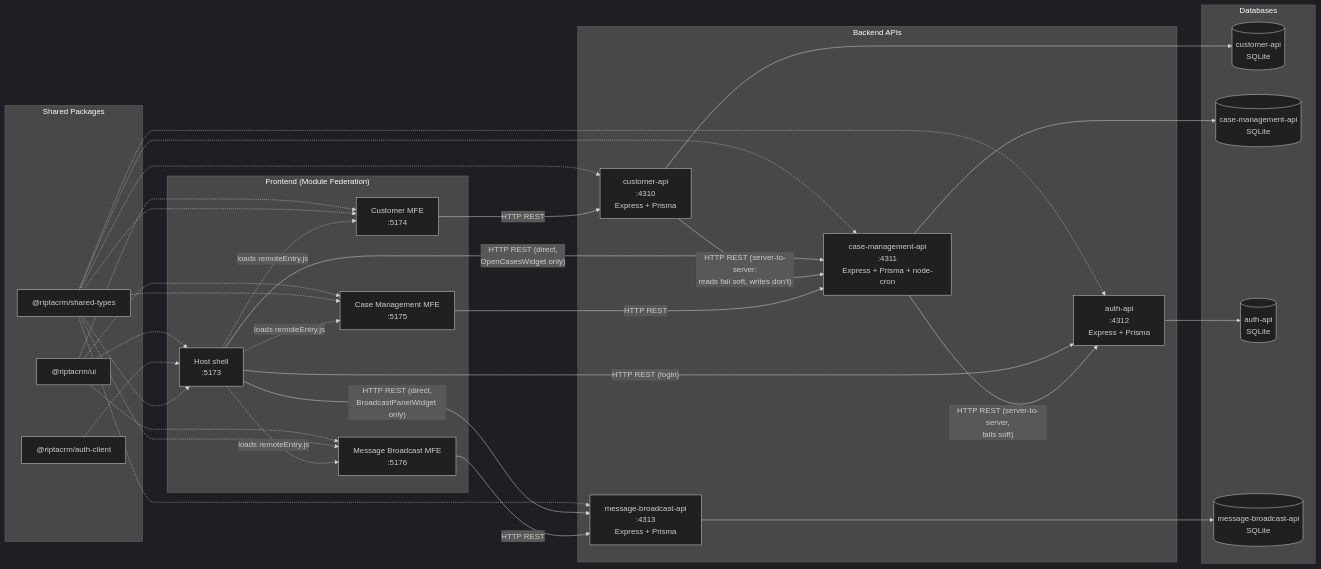
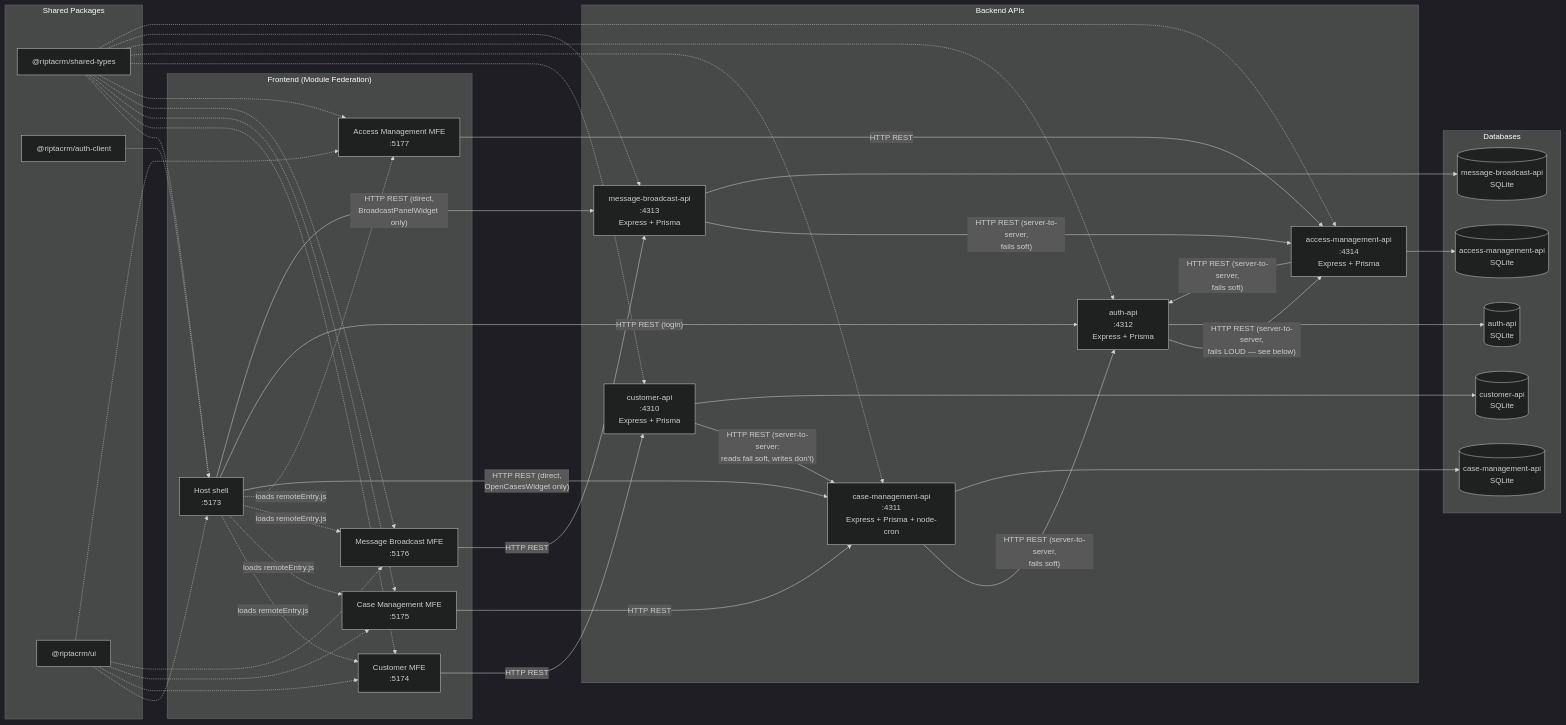
Before and after one commit to ripta101/RiptaCRM: the diagram in docs/architecture.md, drawn with Mermaid (dark theme). The commit also changed other lines of this file and 86 other files, not shown here.

````diff
--- a/docs/architecture.md
+++ b/docs/architecture.md
@@ -5,61 +5,73 @@
 ```mermaid
 graph LR
     subgraph Frontend["Frontend (Module Federation)"]
         Host["Host shell<br/>:5173"]
         CustomerMFE["Customer MFE<br/>:5174"]
         CaseMFE["Case Management MFE<br/>:5175"]
         BroadcastMFE["Message Broadcast MFE<br/>:5176"]
+        AccessMFE["Access Management MFE<br/>:5177"]
     end
 
     subgraph Backend["Backend APIs"]
         CustomerAPI["customer-api<br/>:4310<br/>Express + Prisma"]
         CaseAPI["case-management-api<br/>:4311<br/>Express + Prisma + node-cron"]
         AuthAPI["auth-api<br/>:4312<br/>Express + Prisma"]
         BroadcastAPI["message-broadcast-api<br/>:4313<br/>Express + Prisma"]
+        AccessAPI["access-management-api<br/>:4314<br/>Express + Prisma"]
     end
 
     subgraph Data["Databases"]
         CustomerDB[("customer-api<br/>SQLite")]
         CaseDB[("case-management-api<br/>SQLite")]
         AuthDB[("auth-api<br/>SQLite")]
         BroadcastDB[("message-broadcast-api<br/>SQLite")]
+        AccessDB[("access-management-api<br/>SQLite")]
     end
 
     subgraph Shared["Shared Packages"]
         Types["@riptacrm/shared-types"]
         Auth["@riptacrm/auth-client"]
         UI["@riptacrm/ui"]
     end
 
     Host -. "loads remoteEntry.js" .-> CustomerMFE
     Host -. "loads remoteEntry.js" .-> CaseMFE
     Host -. "loads remoteEntry.js" .-> BroadcastMFE
+    Host -. "loads remoteEntry.js" .-> AccessMFE
 
     CustomerMFE -- "HTTP REST" --> CustomerAPI
     CaseMFE -- "HTTP REST" --> CaseAPI
     BroadcastMFE -- "HTTP REST" --> BroadcastAPI
+    AccessMFE -- "HTTP REST" --> AccessAPI
     CustomerAPI -- "HTTP REST (server-to-server:<br/>reads fail soft, writes don't)" --> CaseAPI
     CaseAPI -- "HTTP REST (server-to-server,<br/>fails soft)" --> AuthAPI
+    AccessAPI -- "HTTP REST (server-to-server,<br/>fails soft)" --> AuthAPI
+    BroadcastAPI -- "HTTP REST (server-to-server,<br/>fails soft)" --> AccessAPI
+    AuthAPI -- "HTTP REST (server-to-server,<br/>fails LOUD — see below)" --> AccessAPI
     Host -- "HTTP REST (direct,<br/>OpenCasesWidget only)" --> CaseAPI
     Host -- "HTTP REST (login)" --> AuthAPI
     Host -- "HTTP REST (direct,<br/>BroadcastPanelWidget only)" --> BroadcastAPI
 
     CustomerAPI --> CustomerDB
     CaseAPI --> CaseDB
     AuthAPI --> AuthDB
     BroadcastAPI --> BroadcastDB
+    AccessAPI --> AccessDB
 
     Types -.-> Host
     Types -.-> CustomerMFE
     Types -.-> CaseMFE
     Types -.-> BroadcastMFE
+    Types -.-> AccessMFE
     Types -.-> CustomerAPI
     Types -.-> CaseAPI
     Types -.-> AuthAPI
     Types -.-> BroadcastAPI
+    Types -.-> AccessAPI
     Auth -.-> Host
     UI -.-> Host
     UI -.-> CustomerMFE
     UI -.-> CaseMFE
     UI -.-> BroadcastMFE
+    UI -.-> AccessMFE
 ```
````
